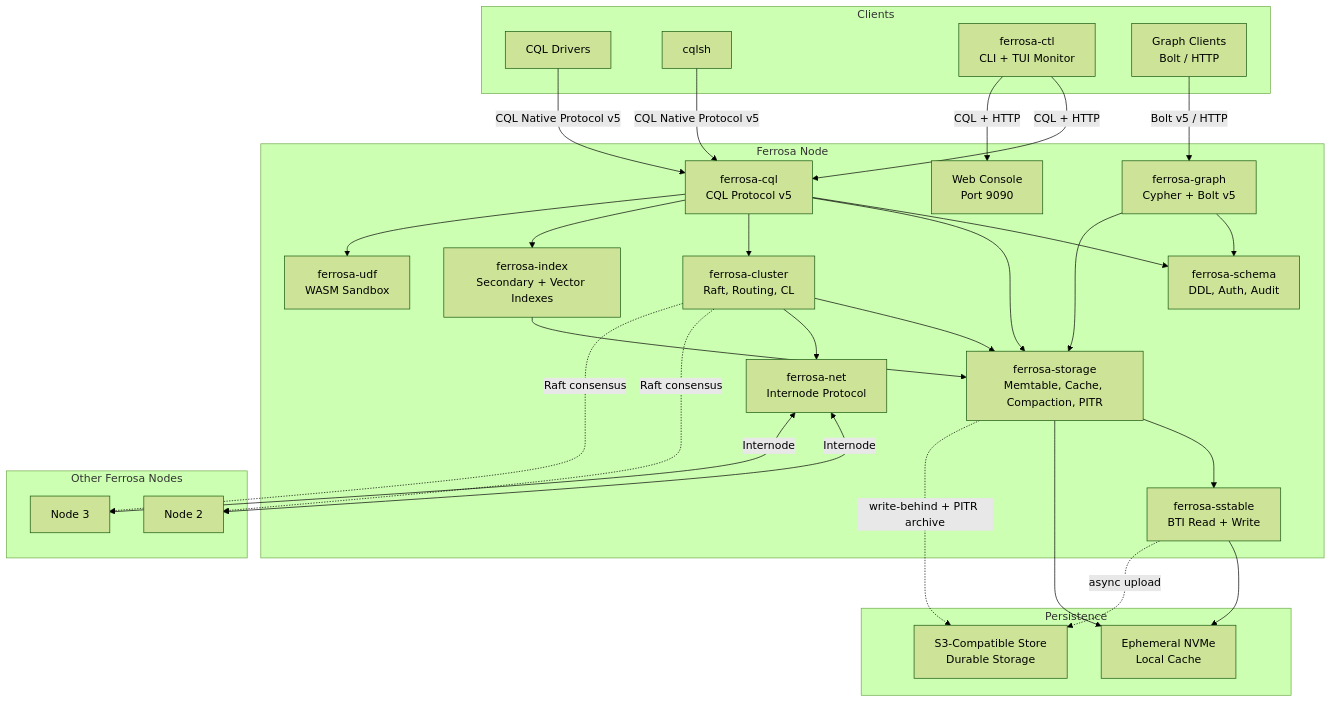
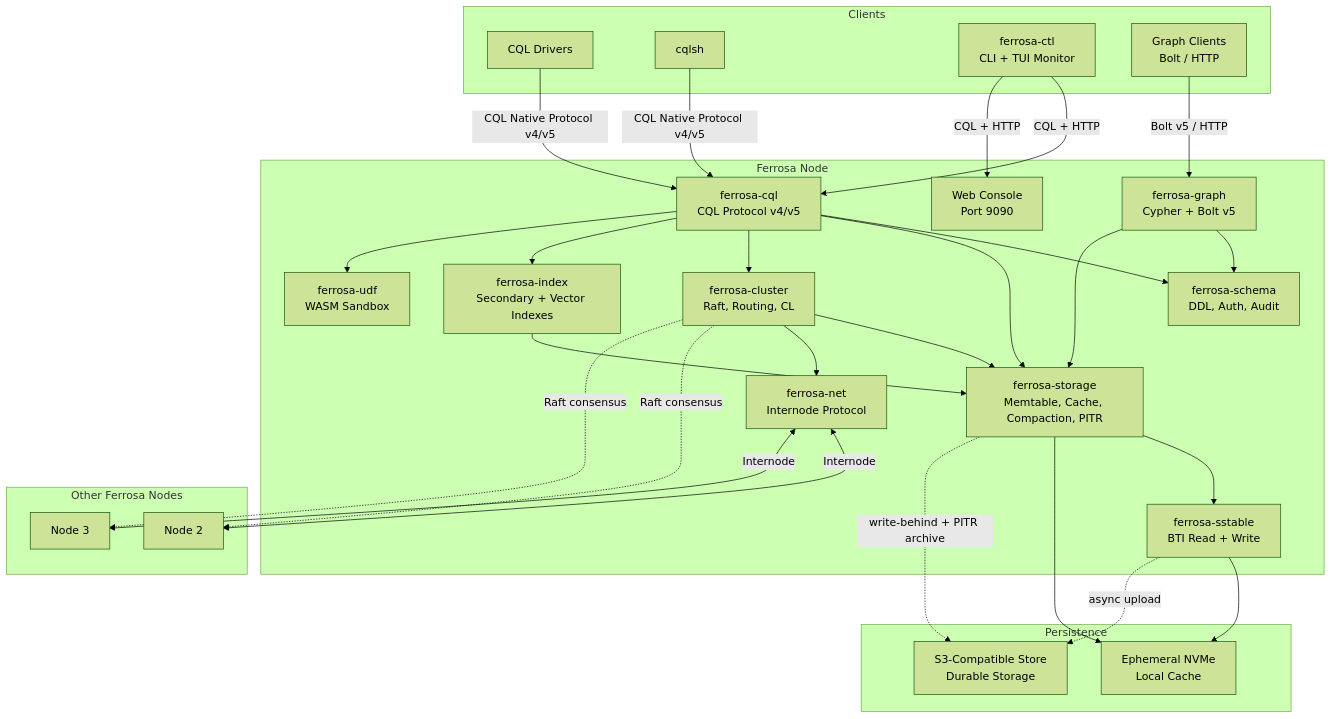
The first of 2 diagrams in specs/overview.md (ferrosadb/ferrosa), drawn with Mermaid (forest theme) before and after one commit. The commit also changed other lines of this file and 4 other files, not shown here.

First line of the commit message:
docs(specs): update architecture specs for sprint completion

````diff
--- a/specs/overview.md
+++ b/specs/overview.md
@@ -12,53 +12,53 @@
 ```mermaid
 graph TB
     subgraph Clients
         D1[CQL Drivers]
         D2[cqlsh]
         D3[ferrosa-ctl<br/>CLI + TUI Monitor]
         D4[Graph Clients<br/>Bolt / HTTP]
     end
 
     subgraph "Ferrosa Node"
-        CQL[ferrosa-cql<br/>CQL Protocol v5]
+        CQL[ferrosa-cql<br/>CQL Protocol v4/v5]
         Graph[ferrosa-graph<br/>Cypher + Bolt v5]
         Schema[ferrosa-schema<br/>DDL, Auth, Audit]
         Cluster[ferrosa-cluster<br/>Raft, Routing, CL]
         Index[ferrosa-index<br/>Secondary + Vector Indexes]
         UDF[ferrosa-udf<br/>WASM Sandbox]
         Storage[ferrosa-storage<br/>Memtable, Cache, Compaction, PITR]
         SST[ferrosa-sstable<br/>BTI Read + Write]
         Net[ferrosa-net<br/>Internode Protocol]
         Web[Web Console<br/>Port 9090]
     end
 
     subgraph "Persistence"
         NVMe[Ephemeral NVMe<br/>Local Cache]
         S3[S3-Compatible Store<br/>Durable Storage]
     end
 
     subgraph "Other Ferrosa Nodes"
         N2[Node 2]
         N3[Node 3]
     end
 
-    D1 & D2 -->|CQL Native Protocol v5| CQL
+    D1 & D2 -->|CQL Native Protocol v4/v5| CQL
     D3 -->|CQL + HTTP| CQL & Web
     D4 -->|Bolt v5 / HTTP| Graph
     CQL --> Schema
     CQL --> Storage
     CQL --> Cluster
     CQL --> Index
     CQL --> UDF
     Graph --> Schema
     Graph --> Storage
     Cluster --> Storage
     Index --> Storage
     Cluster --> Net
     Storage --> SST
     SST --> NVMe
     SST -.->|async upload| S3
     Storage --> NVMe
     Storage -.->|write-behind + PITR archive| S3
     Net <-->|Internode| N2 & N3
     Cluster -.->|Raft consensus| N2 & N3
 ```
````
